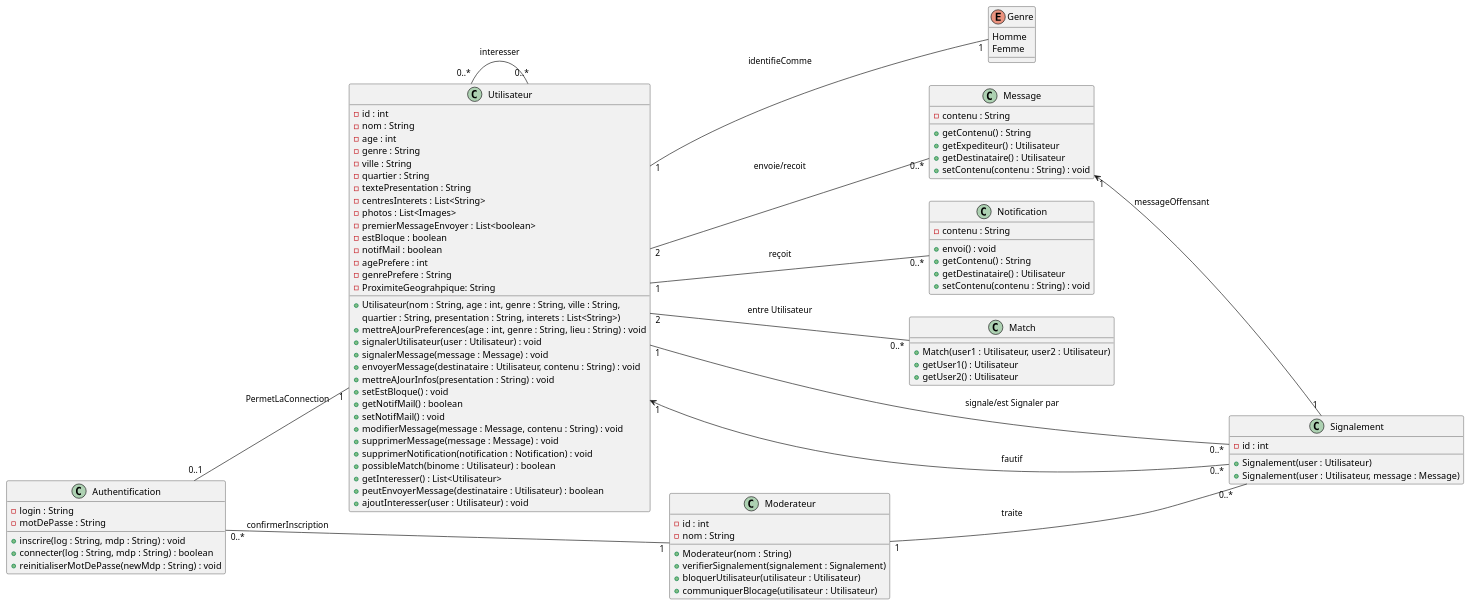
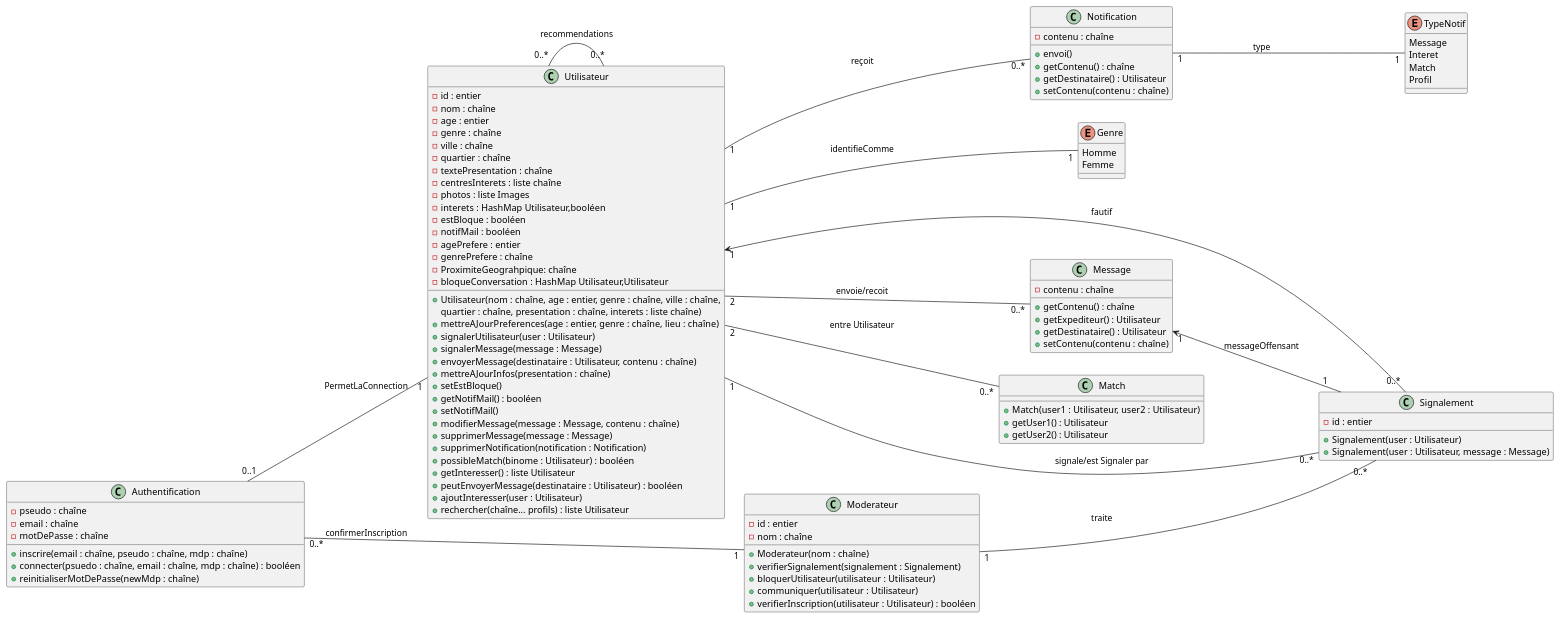
One commit to MinaroliCorentin/PSO changed the diagram in src/Projet_Tinder_UML.puml. Above: the diagram before and after it, drawn with PlantUML.

Commit message:
Diagramme de classe de conception -> Diagramme de classe de spécification

```diff
--- a/src/Projet_Tinder_UML.puml
+++ b/src/Projet_Tinder_UML.puml
@@ -1,105 +1,118 @@
 @startuml
 left to right direction
 
 enum Genre {
     Homme
     Femme
 }
 
 '--- Classes ---'
 class Utilisateur {
-    - id : int
-    - nom : String
-    - age : int
-    - genre : String
-    - ville : String
-    - quartier : String
-    - textePresentation : String
-    - centresInterets : List<String>
-    - photos : List<Images>
-    - premierMessageEnvoyer : List<boolean>
-    - estBloque : boolean
-    - notifMail : boolean
-    - agePrefere : int
-    - genrePrefere : String
-    - ProximiteGeograhpique: String
-    + Utilisateur(nom : String, age : int, genre : String, ville : String,
-    quartier : String, presentation : String, interets : List<String>)
-    + mettreAJourPreferences(age : int, genre : String, lieu : String) : void
-    + signalerUtilisateur(user : Utilisateur) : void
-    + signalerMessage(message : Message) : void
-    + envoyerMessage(destinataire : Utilisateur, contenu : String) : void
-    + mettreAJourInfos(presentation : String) : void
-    + setEstBloque() : void
-    + getNotifMail() : boolean
-    + setNotifMail() : void
-    + modifierMessage(message : Message, contenu : String) : void
-    + supprimerMessage(message : Message) : void
-    + supprimerNotification(notification : Notification) : void
-    + possibleMatch(binome : Utilisateur) : boolean
-    + getInteresser() : List<Utilisateur>
-    + peutEnvoyerMessage(destinataire : Utilisateur) : boolean
-    + ajoutInteresser(user : Utilisateur) : void
+    - id : entier
+    - nom : chaîne
+    - age : entier
+    - genre : chaîne
+    - ville : chaîne
+    - quartier : chaîne
+    - textePresentation : chaîne
+    - centresInterets : liste chaîne
+    - photos : liste Images
+    - interets : HashMap Utilisateur,booléen
+    - estBloque : booléen
+    - notifMail : booléen
+    - agePrefere : entier
+    - genrePrefere : chaîne
+    - ProximiteGeograhpique: chaîne
+    - bloqueConversation : HashMap Utilisateur,Utilisateur
+    + Utilisateur(nom : chaîne, age : entier, genre : chaîne, ville : chaîne,
+    quartier : chaîne, presentation : chaîne, interets : liste chaîne)
+    + mettreAJourPreferences(age : entier, genre : chaîne, lieu : chaîne)
+    + signalerUtilisateur(user : Utilisateur)
+    + signalerMessage(message : Message)
+    + envoyerMessage(destinataire : Utilisateur, contenu : chaîne)
+    + mettreAJourInfos(presentation : chaîne)
+    + setEstBloque()
+    + getNotifMail() : booléen
+    + setNotifMail()
+    + modifierMessage(message : Message, contenu : chaîne)
+    + supprimerMessage(message : Message)
+    + supprimerNotification(notification : Notification)
+    + possibleMatch(binome : Utilisateur) : booléen
+    + getInteresser() : liste Utilisateur
+    + peutEnvoyerMessage(destinataire : Utilisateur) : booléen
+    + ajoutInteresser(user : Utilisateur)
+    + rechercher(chaîne... profils) : liste Utilisateur
 }
 
 class Message {
-    - contenu : String
-    + getContenu() : String
+    - contenu : chaîne
+    + getContenu() : chaîne
     + getExpediteur() : Utilisateur
     + getDestinataire() : Utilisateur
-    + setContenu(contenu : String) : void
+    + setContenu(contenu : chaîne)
 }
 
 class Notification {
-    - contenu : String
-    + envoi() : void
-    + getContenu() : String
+    - contenu : chaîne
+    + envoi()
+    + getContenu() : chaîne
     + getDestinataire() : Utilisateur
-    + setContenu(contenu : String) : void
+    + setContenu(contenu : chaîne)
 }
 
 class Match {
     + Match(user1 : Utilisateur, user2 : Utilisateur)
     + getUser1() : Utilisateur
     + getUser2() : Utilisateur
 }
 
 class Signalement {
-    - id : int
+    - id : entier
     + Signalement(user : Utilisateur)
     + Signalement(user : Utilisateur, message : Message)
 }
 
 class Moderateur {
-    - id : int
-    - nom : String
-    + Moderateur(nom : String)
+    - id : entier
+    - nom : chaîne
+    + Moderateur(nom : chaîne)
     + verifierSignalement(signalement : Signalement)
     + bloquerUtilisateur(utilisateur : Utilisateur)
-    + communiquerBlocage(utilisateur : Utilisateur)
+    + communiquer(utilisateur : Utilisateur)
+    + verifierInscription(utilisateur : Utilisateur) : booléen
 }
 
 
 class Authentification {
-    - login : String
-    - motDePasse : String
-    + inscrire(log : String, mdp : String) : void
-    + connecter(log : String, mdp : String) : boolean
-    + reinitialiserMotDePasse(newMdp : String) : void
+    - pseudo : chaîne
+    - email : chaîne
+    - motDePasse : chaîne
+    + inscrire(email : chaîne, pseudo : chaîne, mdp : chaîne)
+    + connecter(psuedo : chaîne, email : chaîne, mdp : chaîne) : booléen
+    + reinitialiserMotDePasse(newMdp : chaîne)
+}
+
+enum TypeNotif{
+    Message
+    Interet
+    Match
+    Profil
 }
 
 
 '--- Relations ---'
 Utilisateur "2" -- "0..*" Message : envoie/recoit
 Utilisateur "2" -- "0..*" Match : entre Utilisateur
 Utilisateur "1" -- "0..*" Signalement : signale/est Signaler par
 Utilisateur "1" <-- "0..*" Signalement : fautif
 Moderateur "1" -- "0..*" Signalement : traite
 Message "1" <-- "1" Signalement : messageOffensant
 Utilisateur "1" -- "0..*" Notification : reçoit
 Utilisateur "1" -- "1" Genre : identifieComme
 Authentification "0..*" -- "1" Moderateur : confirmerInscription
 Authentification "0..1" -- "1" Utilisateur : PermetLaConnection
-Utilisateur "0..*" -- "0..*" Utilisateur : interesser
+Notification "1"--"1" TypeNotif : type
+'(Classe pour une liste de profils recommandés)'
+Utilisateur "0..*"--"0..*" Utilisateur : recommendations
 
 @enduml
```
